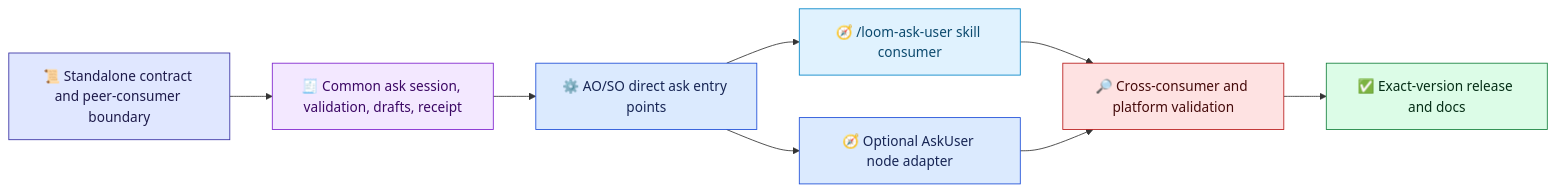
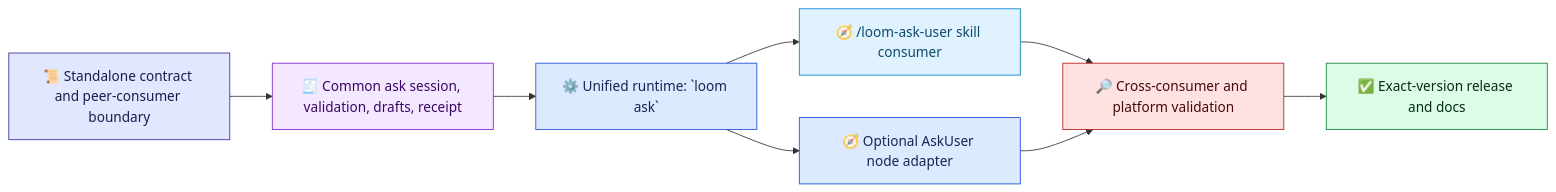
The diagram in docs/en/architecture/ask-user-implementation-plan.md (waynebaby/Techne-Loom), drawn with Mermaid before and after one commit. The commit also changed other lines of this file and 45 other files, not shown here.

First line of the commit message:
docs: update Loom CLI and runtime references / 更新 Loom CLI 与运行时文档

````diff
--- a/docs/en/architecture/ask-user-implementation-plan.md
+++ b/docs/en/architecture/ask-user-implementation-plan.md
@@ -15,23 +15,23 @@
 ```mermaid
 flowchart LR
     SPEC["📜 Standalone contract and peer-consumer boundary"] --> COMMON["🧾 Common ask session, validation, drafts, receipt"]
-    COMMON --> BINARIES["⚙️ AO/SO direct ask entry points"]
+    COMMON --> BINARIES["⚙️ Unified runtime: `loom ask`"]
     BINARIES --> SKILL["🧭 /loom-ask-user skill consumer"]
     BINARIES --> NODE["🧭 Optional AskUser node adapter"]
     SKILL --> VERIFY["🔎 Cross-consumer and platform validation"]
     NODE --> VERIFY
     VERIFY --> RELEASE["✅ Exact-version release and docs"]
 
     classDef contract fill:#e0e7ff,stroke:#3730a3,color:#1e1b4b;
     classDef evidence fill:#f3e8ff,stroke:#7e22ce,color:#3b0764;
     classDef runtime fill:#dbeafe,stroke:#1d4ed8,color:#172554;
     classDef intake fill:#e0f2fe,stroke:#0284c7,color:#0c4a6e;
     classDef inspect fill:#fee2e2,stroke:#b91c1c,color:#450a0a;
     classDef done fill:#dcfce7,stroke:#15803d,color:#052e16;
     class SPEC contract;
     class COMMON evidence;
     class BINARIES,NODE runtime;
     class SKILL intake;
     class VERIFY inspect;
     class RELEASE done;
 ```
````
